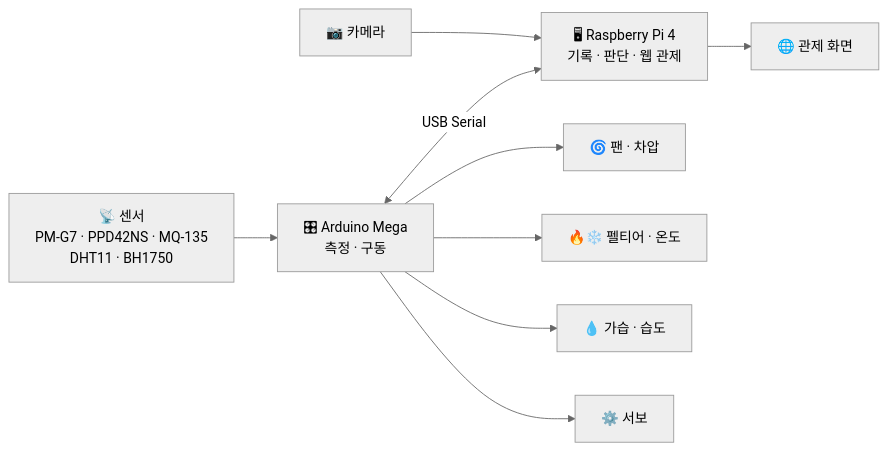
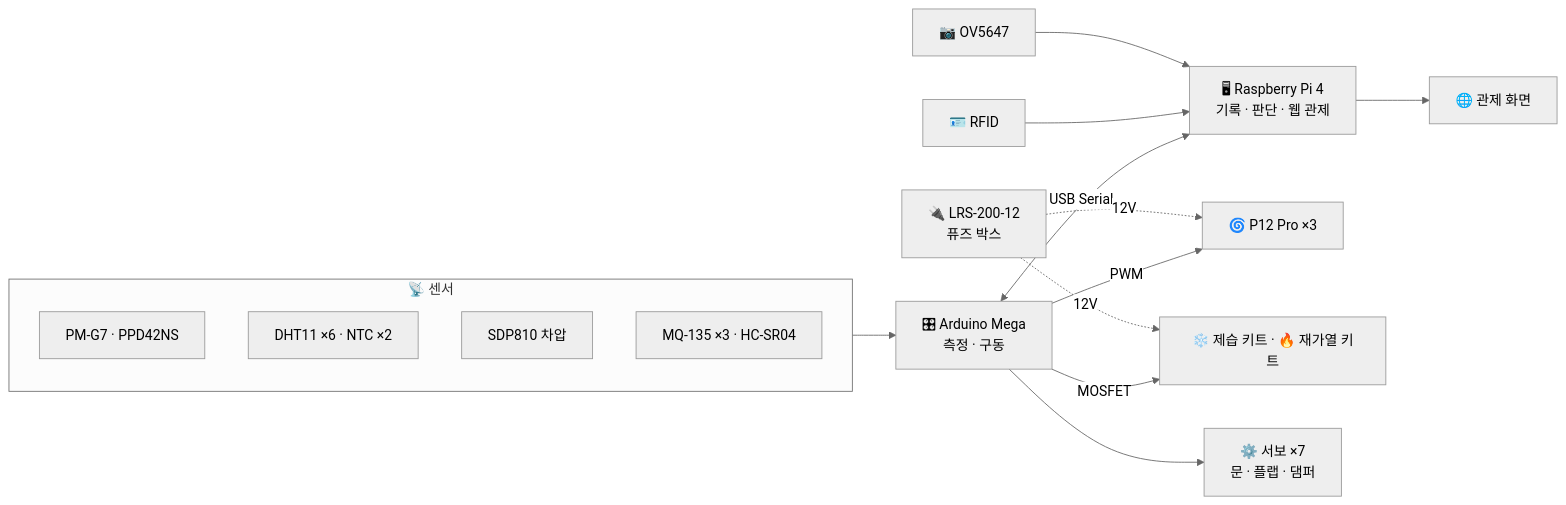
One commit to Newvvi/2026_27_CLEANROOM-ENV-CONTROL changed the diagram in README.md. Above: the diagram before and after it, drawn with Mermaid (neutral theme). The commit also changed other lines of this file and 16 other files, not shown here.

````diff
--- a/README.md
+++ b/README.md
@@ -14,11 +28,19 @@
 ```mermaid
 flowchart LR
-  SEN[📡 센서<br/>PM-G7 · PPD42NS · MQ-135<br/>DHT11 · BH1750] --> AR[🎛 Arduino Mega<br/>측정 · 구동]
+  subgraph SEN[📡 센서]
+    S1[PM-G7 · PPD42NS]
+    S2[DHT11 ×6 · NTC ×2]
+    S3[SDP810 차압]
+    S4[MQ-135 ×3 · HC-SR04]
+  end
+  SEN --> AR[🎛 Arduino Mega<br/>측정 · 구동]
   AR <-->|USB Serial| PI[🖥 Raspberry Pi 4<br/>기록 · 판단 · 웹 관제]
-  AR --> FAN[🌀 팬 · 차압]
-  AR --> TEC[🔥❄️ 펠티어 · 온도]
-  AR --> HUM[💧 가습 · 습도]
-  AR --> SRV[⚙️ 서보]
-  CAM[📷 카메라] --> PI
+  AR -->|PWM| FAN[🌀 P12 Pro ×3]
+  AR -->|MOSFET| TEC[❄️ 제습 키트 · 🔥 재가열 키트]
+  AR --> SRV[⚙️ 서보 ×7<br/>문 · 플랩 · 댐퍼]
+  RFID[🪪 RFID] --> PI
+  CAM[📷 OV5647] --> PI
   PI --> WEB[🌐 관제 화면]
+  PSU[🔌 LRS-200-12<br/>퓨즈 박스] -. 12V .-> FAN
+  PSU -. 12V .-> TEC
 ```
````
